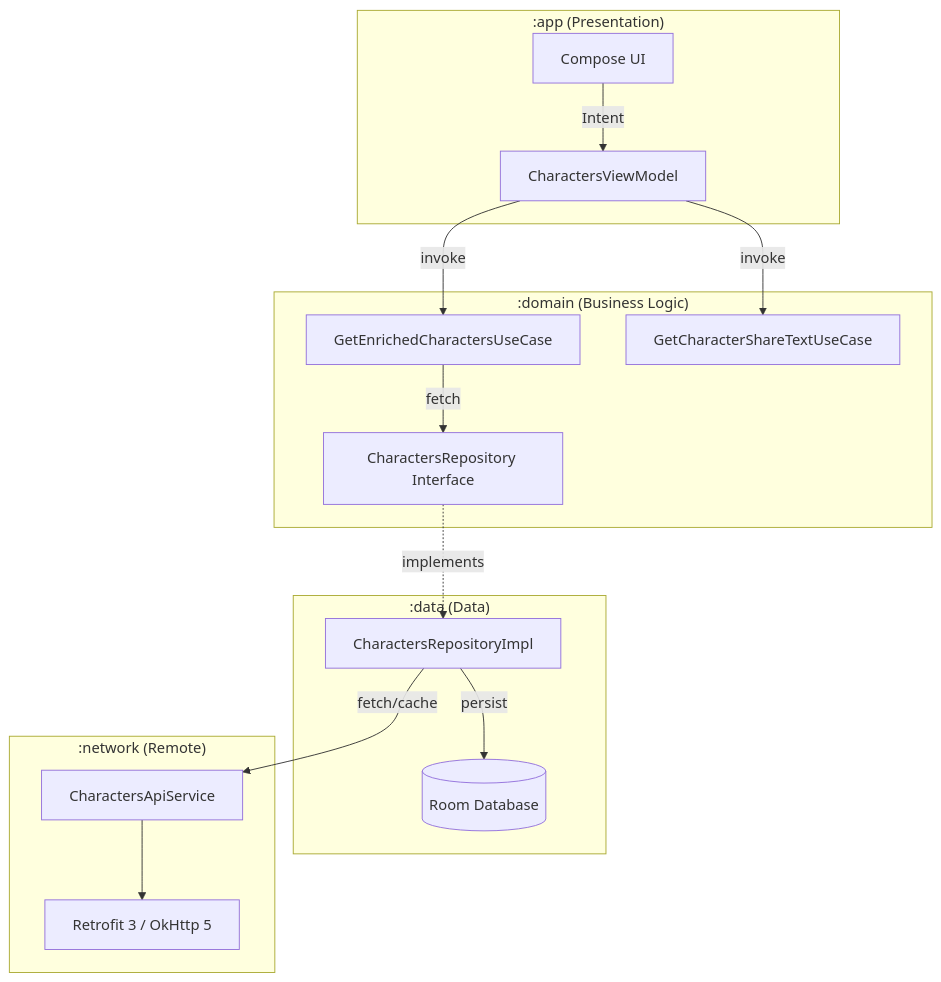
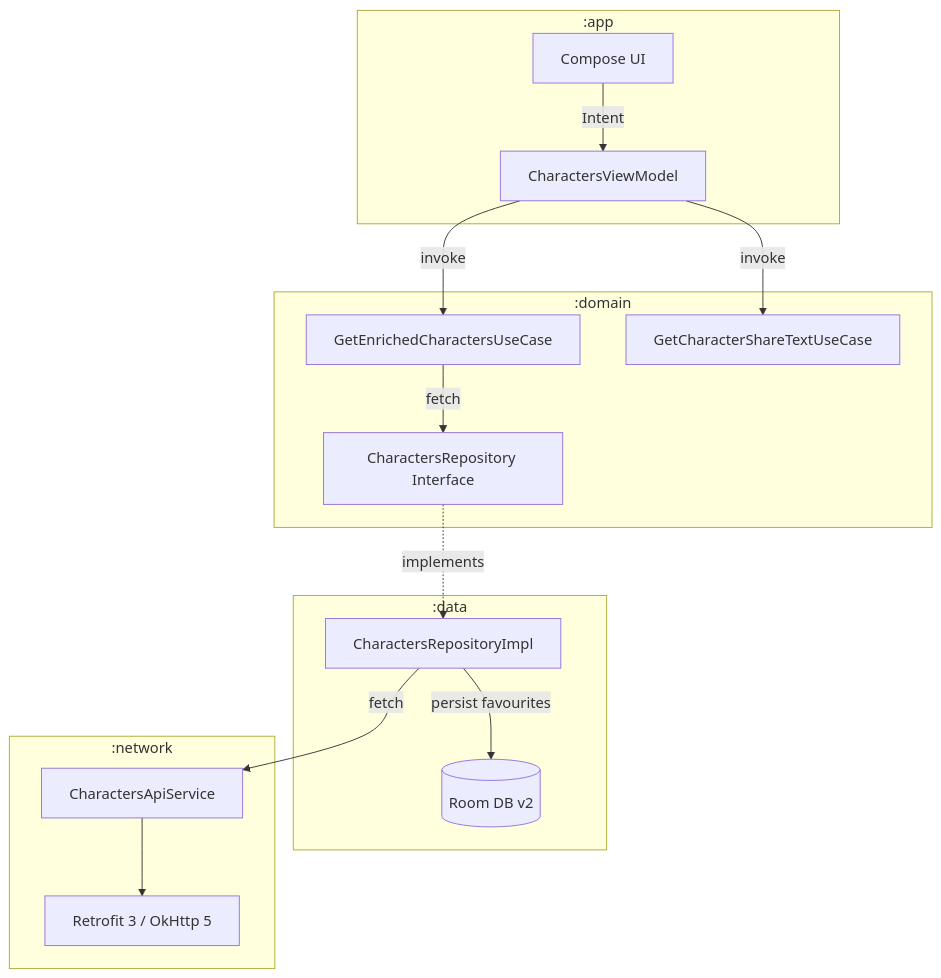
One commit to AbdulSamadQureshi/BonialCodingChallenge changed the diagram in README.md. Above: the diagram before and after it, drawn with Mermaid. The commit also changed other lines of this file and 1 other file, not shown here.

````diff
--- a/README.md
+++ b/README.md
@@ -34,32 +58,29 @@
 ```mermaid
 graph TD
-    subgraph ":app (Presentation)"
+    subgraph ":app"
         UI[Compose UI]
         VM[CharactersViewModel]
     end
-
-    subgraph ":domain (Business Logic)"
+    subgraph ":domain"
         UC[GetEnrichedCharactersUseCase]
         SC[GetCharacterShareTextUseCase]
         RI[CharactersRepository Interface]
     end
-
-    subgraph ":data (Data)"
+    subgraph ":data"
         RP[CharactersRepositoryImpl]
-        DB[(Room Database)]
+        DB[(Room DB v2)]
     end
-
-    subgraph ":network (Remote)"
+    subgraph ":network"
         API[CharactersApiService]
         RF[Retrofit 3 / OkHttp 5]
     end
 
     UI -->|Intent| VM
     VM -->|invoke| UC
     VM -->|invoke| SC
     UC -->|fetch| RI
     RI -.->|implements| RP
-    RP -->|fetch/cache| API
-    RP -->|persist| DB
+    RP -->|fetch| API
+    RP -->|persist favourites| DB
     API --> RF
 ```
````
